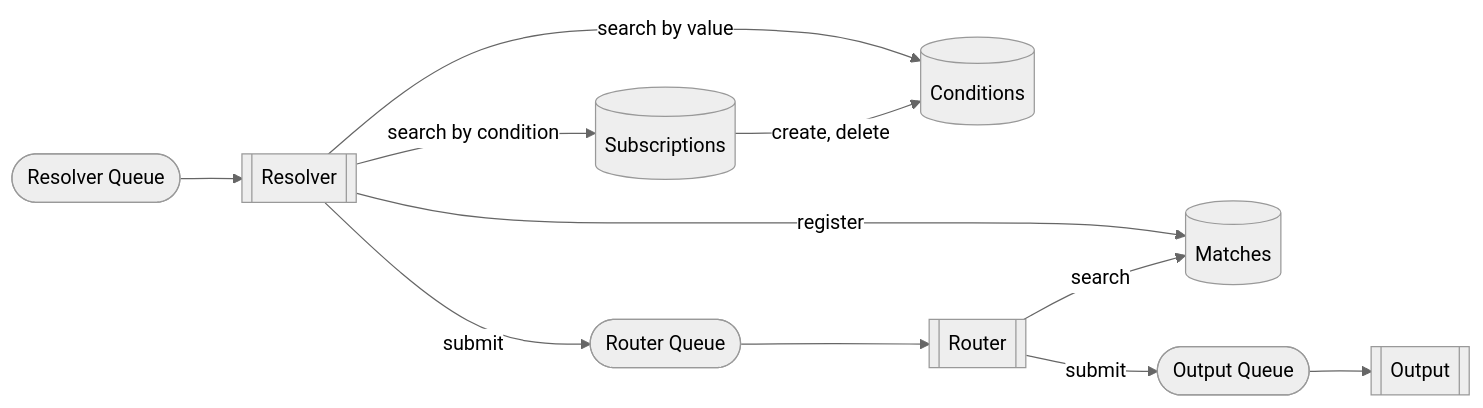
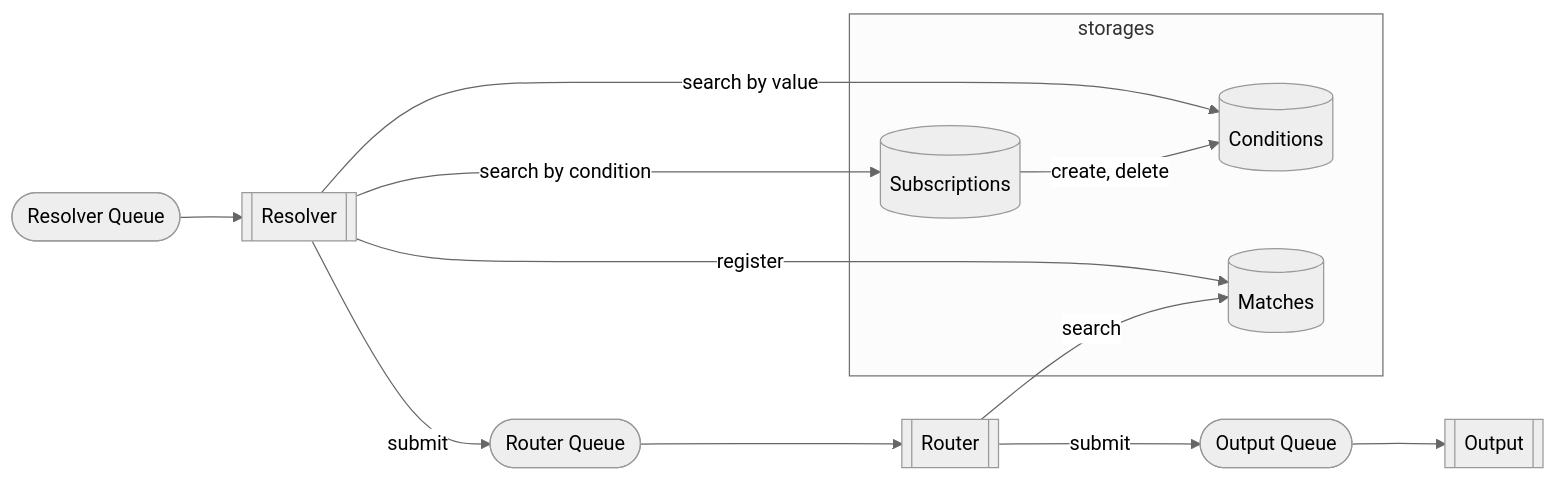
Before and after one commit to awakari/.github: the second of 2 diagrams in profile/README.md, drawn with Mermaid.

````diff
--- a/profile/README.md
+++ b/profile/README.md
@@ -161,19 +161,21 @@
 ```mermaid
 %%{init: {'theme': 'neutral' } }%%
 flowchart LR
     resolverQueue([Resolver Queue])
     resolver[[Resolver]]
-    conditions[(Conditions)]
-    subscriptions[(Subscriptions)]
-    matches[(Matches)]
+    subgraph storages
+        conditions[(Conditions)]
+        subscriptions[(Subscriptions)]
+        matches[(Matches)]
+    end
     routerQueue([Router Queue])
     router[[Router]]
     outputQueue([Output Queue])
     output[[Output]]
     resolver -->|search by value| conditions
     resolver --> |search by condition| subscriptions
     resolver --> |register| matches
     subscriptions --> |create, delete| conditions
     router --> |search| matches
     resolverQueue --> resolver -->|submit| routerQueue --> router -->|submit| outputQueue --> output
 ```
````
